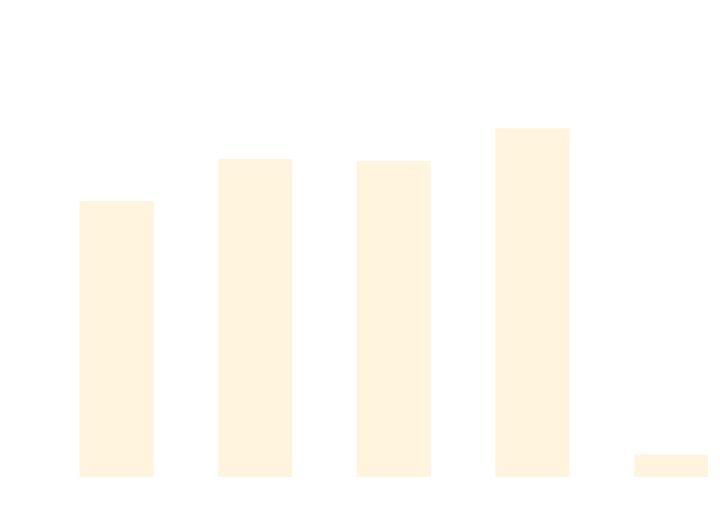
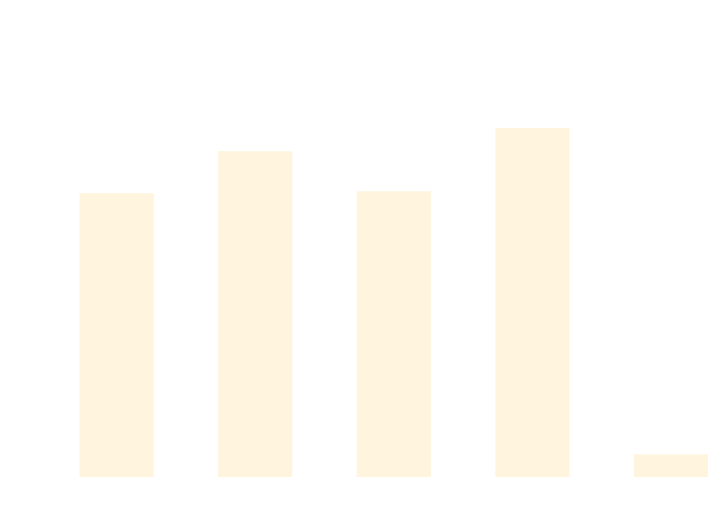
Before and after one commit to thomhurst/TUnit: the diagram in docs/docs/benchmarks/DataDrivenTests.md, drawn with Mermaid. The commit also changed other lines of this file and 17 other files, not shown here.

````diff
--- a/docs/docs/benchmarks/DataDrivenTests.md
+++ b/docs/docs/benchmarks/DataDrivenTests.md
@@ -27,37 +27,37 @@
 ```mermaid
 %%{init: {
   'theme':'base',
   'themeVariables': {
     'primaryColor': '#2563eb',
     'primaryTextColor': '#ffffff',
     'primaryBorderColor': '#1e40af',
     'lineColor': '#6b7280',
     'secondaryColor': '#7c3aed',
     'tertiaryColor': '#dc2626',
     'background': '#ffffff',
     'mainBkg': '#2563eb',
     'secondBkg': '#7c3aed',
     'tertiaryBkg': '#dc2626',
     'clusterBkg': '#f3f4f6',
     'edgeLabelBackground': '#ffffff',
     'tertiaryTextColor': '#1f2937',
     'pie1': '#2563eb',
     'pie2': '#7c3aed',
     'pie3': '#dc2626',
     'pie4': '#f59e0b',
     'pie5': '#10b981',
     'pie6': '#06b6d4',
     'pie7': '#ec4899',
     'pie8': '#6366f1',
     'pie9': '#84cc16',
     'pie10': '#f97316',
     'pie11': '#14b8a6',
     'pie12': '#a855f7'
   }
 }}%%
 xychart-beta
   title "DataDrivenTests Performance Comparison"
   x-axis ["TUnit", "NUnit", "MSTest", "xUnit3", "TUnit_AOT"]
-  y-axis "Time (ms)" 0 --> 716
-  bar [468.83, 543.02, 539.01, 596.39, 25.26]
+  y-axis "Time (ms)" 0 --> 700
+  bar [472.14, 543.84, 475.29, 583.33, 25.12]
 ```
````
